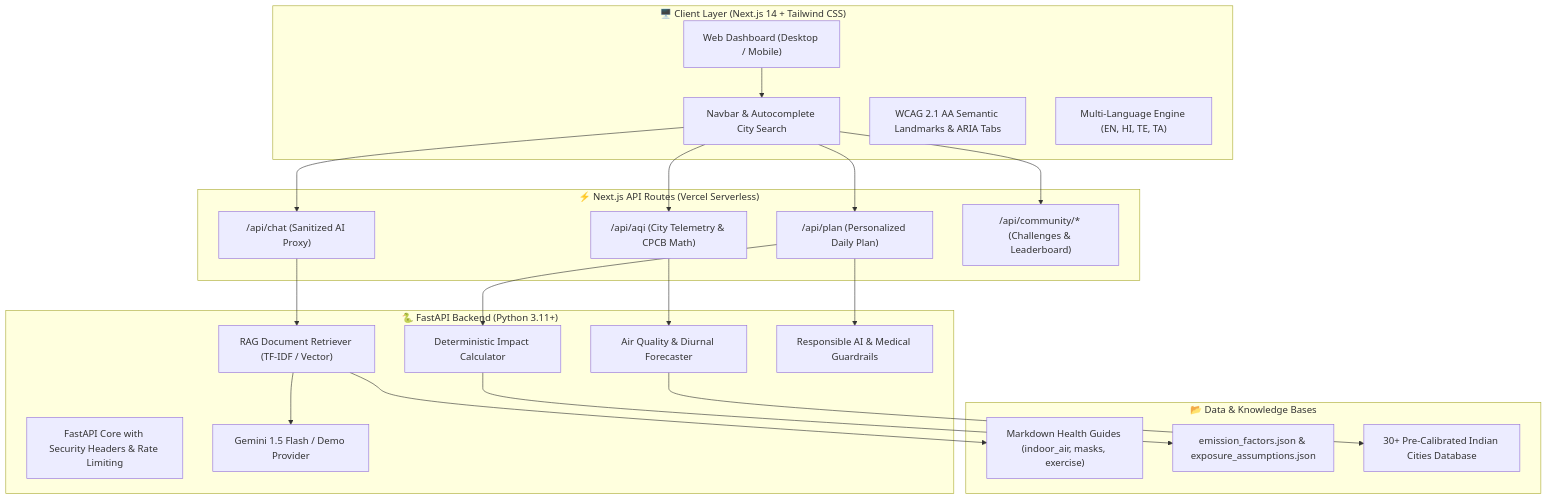
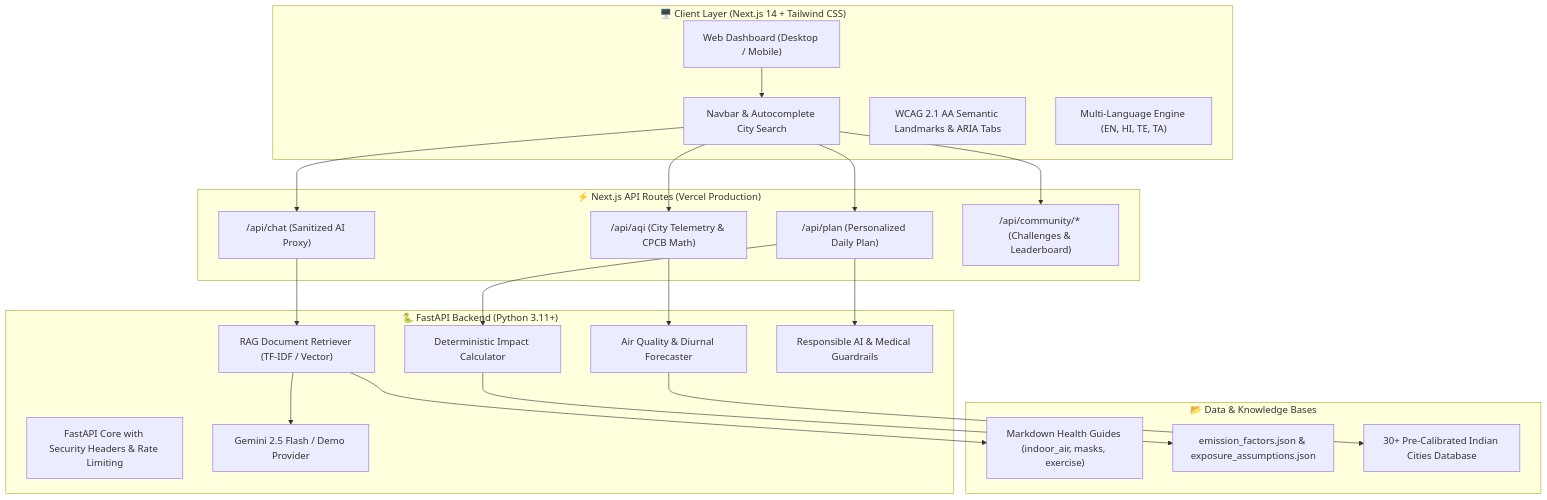
One commit to kushal3698/BreatheWise-Air-Quality-Assistance changed the diagram in README.md. Above: the diagram before and after it, drawn with Mermaid. The commit also changed other lines of this file and 17 other files, not shown here.

````diff
--- a/README.md
+++ b/README.md
@@ -107,39 +133,39 @@
 ```mermaid
 flowchart TD
     subgraph Client["🖥️ Client Layer (Next.js 14 + Tailwind CSS)"]
         UI["Web Dashboard (Desktop / Mobile)"]
         NAV["Navbar & Autocomplete City Search"]
         A11Y["WCAG 2.1 AA Semantic Landmarks & ARIA Tabs"]
         I18N["Multi-Language Engine (EN, HI, TE, TA)"]
     end
 
-    subgraph Serverless["⚡ Next.js API Routes (Vercel Serverless)"]
+    subgraph Serverless["⚡ Next.js API Routes (Vercel Production)"]
         ROUTE_AQI["/api/aqi (City Telemetry & CPCB Math)"]
         ROUTE_PLAN["/api/plan (Personalized Daily Plan)"]
         ROUTE_CHAT["/api/chat (Sanitized AI Proxy)"]
         ROUTE_COMM["/api/community/* (Challenges & Leaderboard)"]
     end
 
     subgraph Backend["🐍 FastAPI Backend (Python 3.11+)"]
         API_GW["FastAPI Core with Security Headers & Rate Limiting"]
         AQ_SVC["Air Quality & Diurnal Forecaster"]
         RAG_SVC["RAG Document Retriever (TF-IDF / Vector)"]
         IMPACT_SVC["Deterministic Impact Calculator"]
         SAFETY_SVC["Responsible AI & Medical Guardrails"]
-        LLM_SVC["Gemini 1.5 Flash / Demo Provider"]
+        LLM_SVC["Gemini 2.5 Flash / Demo Provider"]
     end
 
     subgraph Data["📂 Data & Knowledge Bases"]
         KB["Markdown Health Guides (indoor_air, masks, exercise)"]
         EMISSIONS["emission_factors.json & exposure_assumptions.json"]
         GEO["30+ Pre-Calibrated Indian Cities Database"]
     end
 
     UI --> NAV --> ROUTE_AQI & ROUTE_PLAN & ROUTE_CHAT & ROUTE_COMM
     ROUTE_AQI --> AQ_SVC
     ROUTE_PLAN --> IMPACT_SVC & SAFETY_SVC
     ROUTE_CHAT --> RAG_SVC --> LLM_SVC
     AQ_SVC --> GEO
     IMPACT_SVC --> EMISSIONS
     RAG_SVC --> KB
 ```
````
